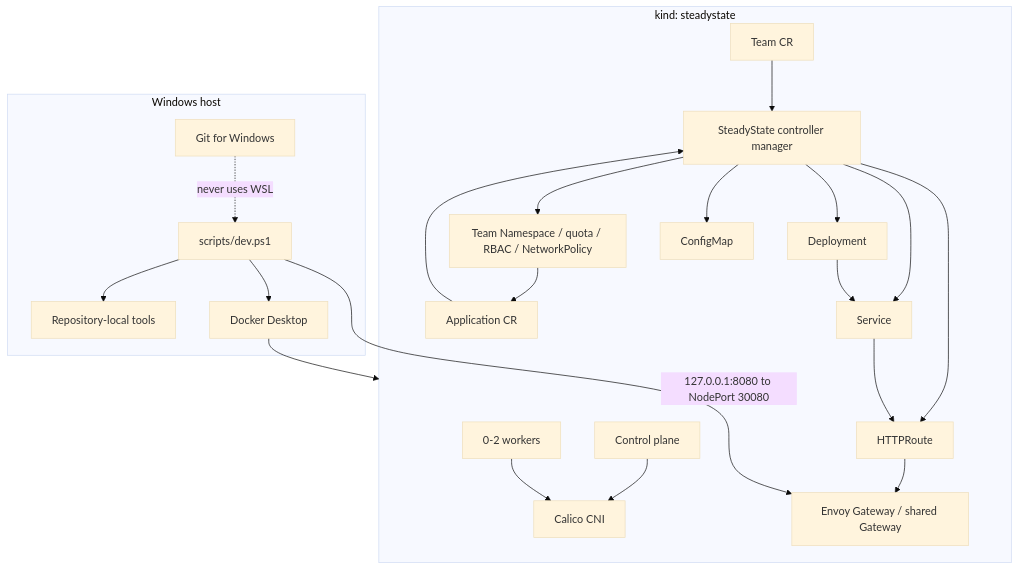
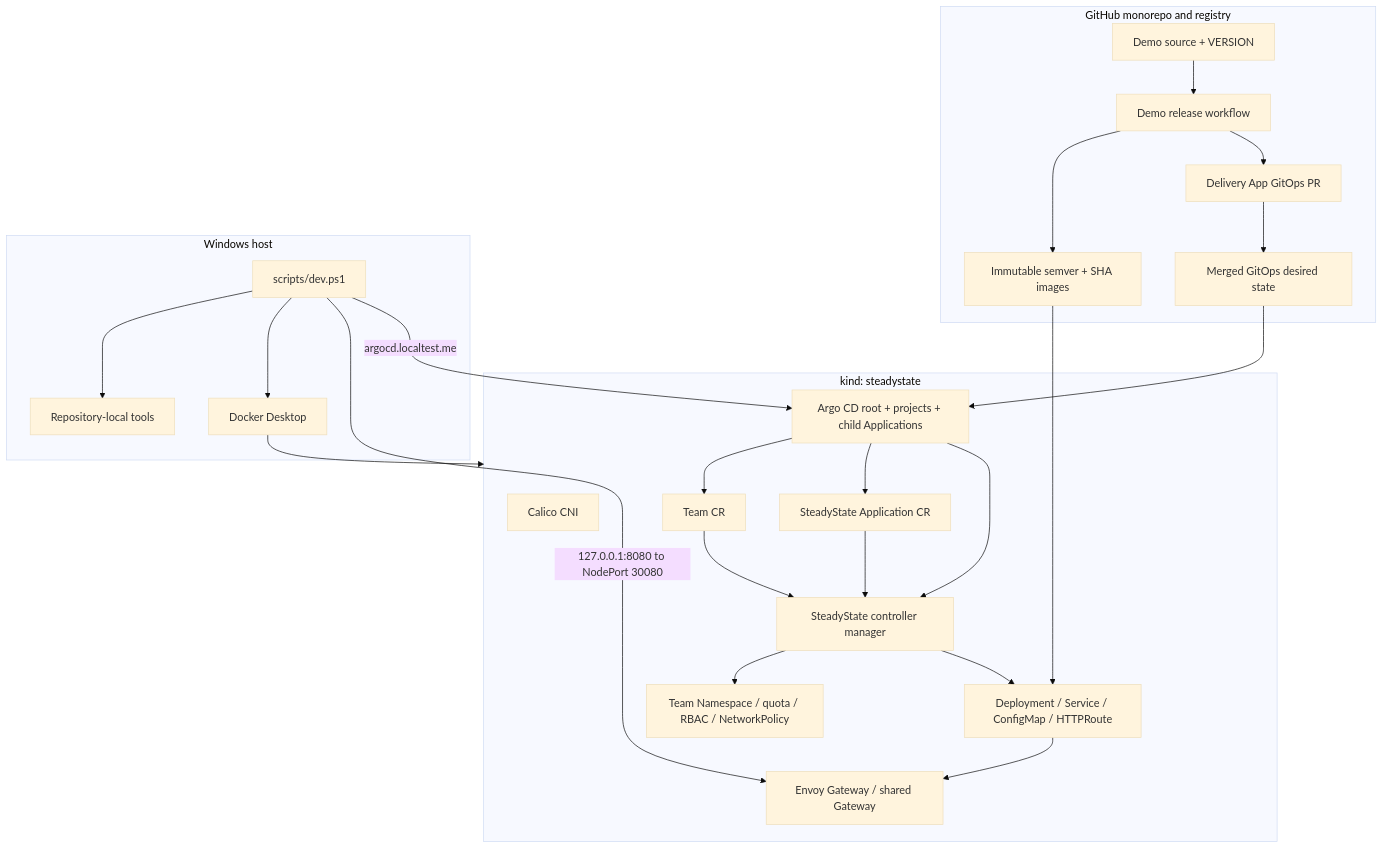
One commit to saadabdullaah/steadystate changed the diagram in docs/architecture.md. Above: the diagram before and after it, drawn with Mermaid (base theme). The commit also changed other lines of this file and 12 other files, not shown here.

First line of the commit message:
feat: complete Phase 3 GitOps and hosted acceptance (#21)

````diff
--- a/docs/architecture.md
+++ b/docs/architecture.md
@@ -3,39 +3,39 @@
 ```mermaid
 flowchart TB
+    subgraph Repository["GitHub monorepo and registry"]
+        Source["Demo source + VERSION"]
+        Release["Demo release workflow"]
+        GHCR["Immutable semver + SHA images"]
+        BotPR["Delivery App GitOps PR"]
+        Desired["Merged GitOps desired state"]
+        Source --> Release --> GHCR
+        Release --> BotPR --> Desired
+    end
     subgraph Host["Windows host"]
-        Git["Git for Windows"]
         Dev["scripts/dev.ps1"]
         Tools["Repository-local tools"]
         Docker["Docker Desktop"]
+        Dev --> Tools
+        Dev --> Docker
     end
     subgraph Cluster["kind: steadystate"]
-        CP["Control plane"]
-        Workers["0-2 workers"]
         Calico["Calico CNI"]
-        Manager["SteadyState controller manager"]
+        Argo["Argo CD root + projects + child Applications"]
         TeamCR["Team CR"]
         Boundary["Team Namespace / quota / RBAC / NetworkPolicy"]
-        AppCR["Application CR"]
-        Deployment["Deployment"]
-        Service["Service"]
-        ConfigMap["ConfigMap"]
-        Route["HTTPRoute"]
+        AppCR["SteadyState Application CR"]
+        Manager["SteadyState controller manager"]
+        Children["Deployment / Service / ConfigMap / HTTPRoute"]
         EG["Envoy Gateway / shared Gateway"]
+        Argo --> TeamCR
+        Argo --> AppCR
+        Argo --> Manager
+        TeamCR --> Manager --> Boundary
+        AppCR --> Manager --> Children --> EG
     end
-    Dev --> Tools
-    Dev --> Docker
     Docker --> Cluster
-    CP --> Calico
-    Workers --> Calico
-    TeamCR --> Manager
-    Manager --> Boundary
-    Boundary --> AppCR
-    AppCR --> Manager
-    Manager --> Deployment
-    Manager --> Service
-    Manager --> ConfigMap
-    Manager --> Route
-    Deployment --> Service --> Route --> EG
+    Desired --> Argo
+    GHCR --> Children
     Dev -->|"127.0.0.1:8080 to NodePort 30080"| EG
-    Git -. "never uses WSL" .-> Dev
+    Dev -->|"argocd.localtest.me"| Argo
 ```
````
